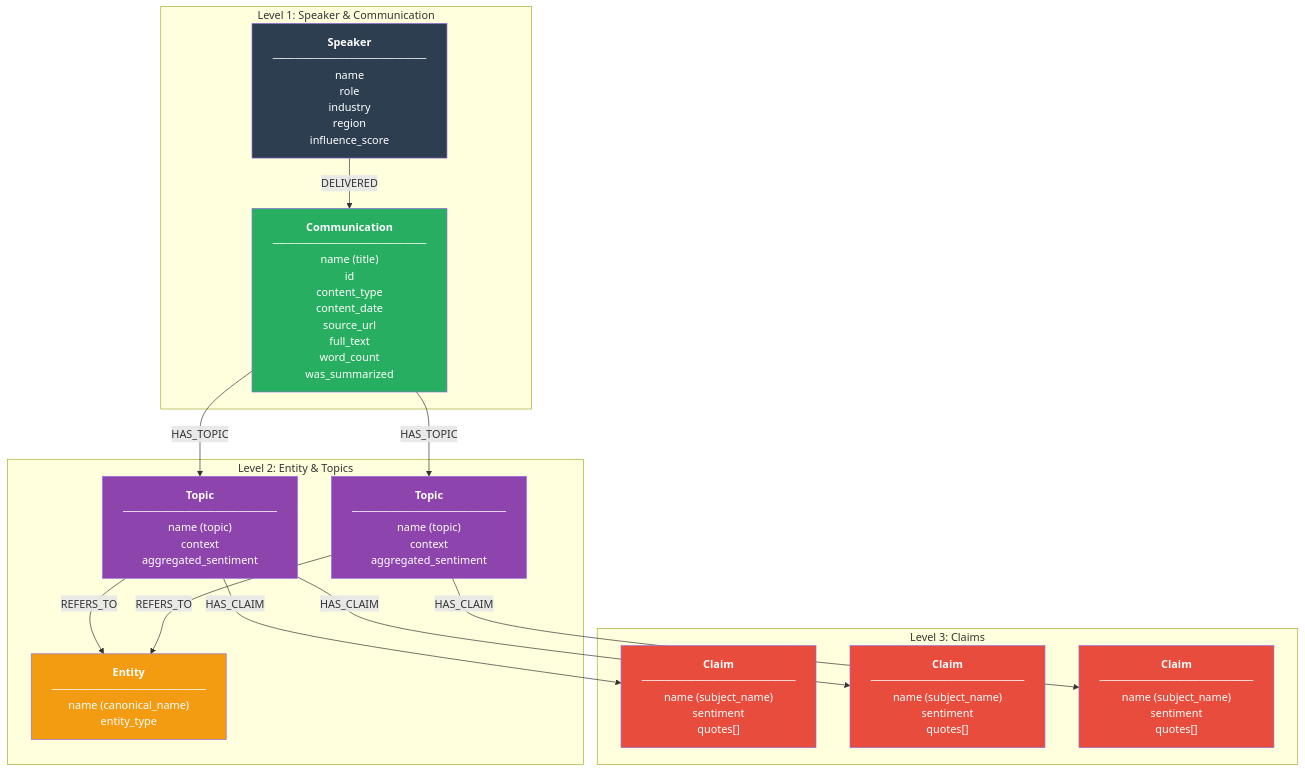
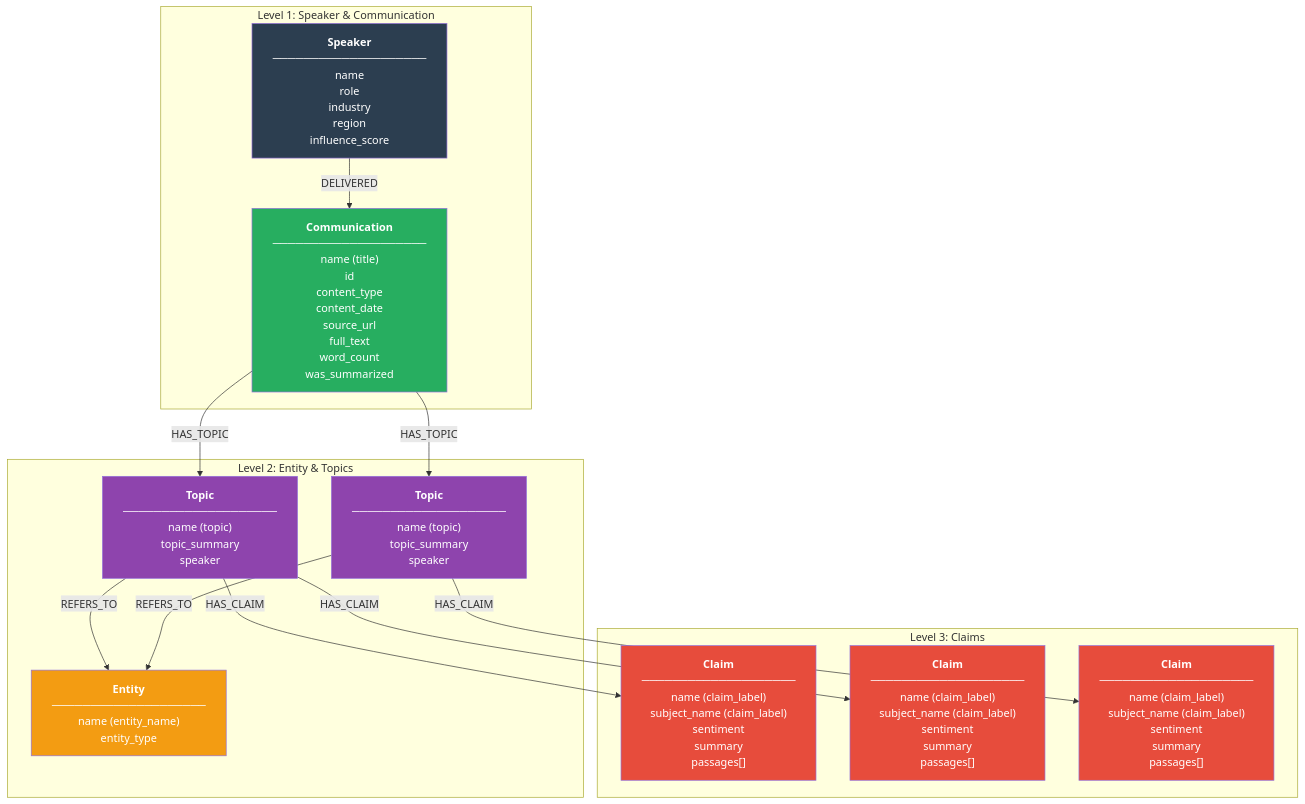
One commit to dmitriyratu/DiscourseKG changed the fourth of 4 diagrams in documentation/architecture.md. Above: the diagram before and after it, drawn with Mermaid. The commit also changed other lines of this file and 9 other files, not shown here.

First line of the commit message:
refactor: update architecture and topology documentation, enhance graph data handling

````diff
--- a/documentation/architecture.md
+++ b/documentation/architecture.md
@@ -334,37 +403,37 @@
 ```mermaid
 graph TB
     subgraph "Level 1: Speaker & Communication"
         S["<b>Speaker</b><br/>────────────────────<br/>name<br/>role<br/>industry<br/>region<br/>influence_score"]
         C["<b>Communication</b><br/>────────────────────<br/>name (title)<br/>id<br/>content_type<br/>content_date<br/>source_url<br/>full_text<br/>word_count<br/>was_summarized"]
     end
     
     subgraph "Level 2: Entity & Topics"
-        E["<b>Entity</b><br/>────────────────────<br/>name (canonical_name)<br/>entity_type"]
-        M1["<b>Topic</b><br/>────────────────────<br/>name (topic)<br/>context<br/>aggregated_sentiment"]
-        M2["<b>Topic</b><br/>────────────────────<br/>name (topic)<br/>context<br/>aggregated_sentiment"]
+        E["<b>Entity</b><br/>────────────────────<br/>name (entity_name)<br/>entity_type"]
+        M1["<b>Topic</b><br/>────────────────────<br/>name (topic)<br/>topic_summary<br/>speaker"]
+        M2["<b>Topic</b><br/>────────────────────<br/>name (topic)<br/>topic_summary<br/>speaker"]
     end
     
     subgraph "Level 3: Claims"
-        SU1["<b>Claim</b><br/>────────────────────<br/>name (subject_name)<br/>sentiment<br/>quotes[]"]
-        SU2["<b>Claim</b><br/>────────────────────<br/>name (subject_name)<br/>sentiment<br/>quotes[]"]
-        SU3["<b>Claim</b><br/>────────────────────<br/>name (subject_name)<br/>sentiment<br/>quotes[]"]
+        SU1["<b>Claim</b><br/>────────────────────<br/>name (claim_label)<br/>subject_name (claim_label)<br/>sentiment<br/>summary<br/>passages[]"]
+        SU2["<b>Claim</b><br/>────────────────────<br/>name (claim_label)<br/>subject_name (claim_label)<br/>sentiment<br/>summary<br/>passages[]"]
+        SU3["<b>Claim</b><br/>────────────────────<br/>name (claim_label)<br/>subject_name (claim_label)<br/>sentiment<br/>summary<br/>passages[]"]
     end
     
     S -->|DELIVERED| C
     C -->|HAS_TOPIC| M1
     C -->|HAS_TOPIC| M2
     M1 -->|REFERS_TO| E
     M2 -->|REFERS_TO| E
     M1 -->|HAS_CLAIM| SU1
     M1 -->|HAS_CLAIM| SU2
     M2 -->|HAS_CLAIM| SU3
     
     style S fill:#2C3E50,color:#fff
     style C fill:#27AE60,color:#fff
     style E fill:#F39C12,color:#fff
     style M1 fill:#8E44AD,color:#fff
     style M2 fill:#8E44AD,color:#fff
     style SU1 fill:#E74C3C,color:#fff
     style SU2 fill:#E74C3C,color:#fff
     style SU3 fill:#E74C3C,color:#fff
 ```
````
